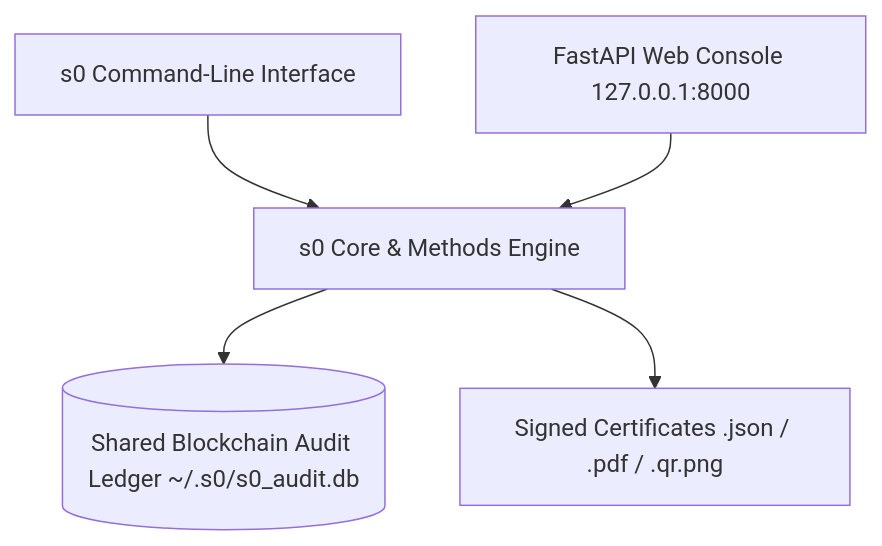
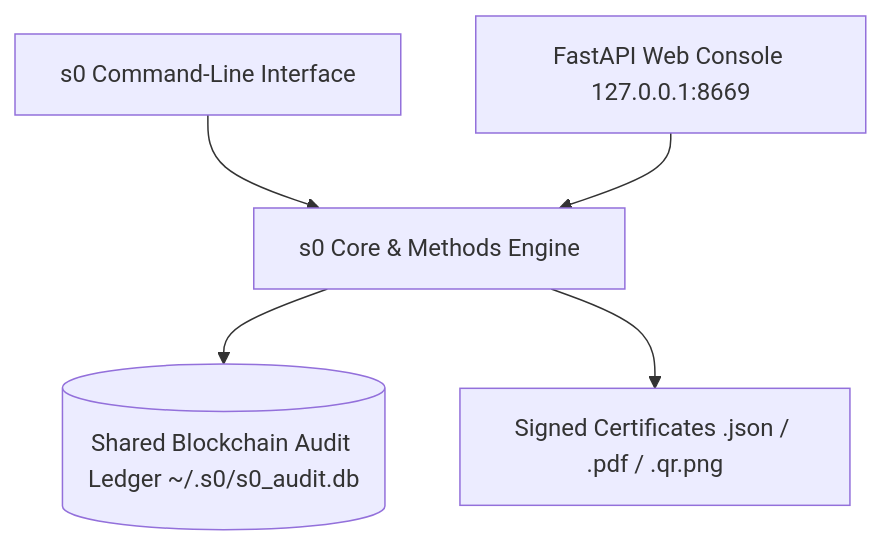
Before and after one commit to kartik2005221/s0: the diagram in docs-portal/docs/web-dashboard.md, drawn with Mermaid. The commit also changed other lines of this file and 31 other files, not shown here.

````diff
--- a/docs-portal/docs/web-dashboard.md
+++ b/docs-portal/docs/web-dashboard.md
@@ -19,8 +19,8 @@
 ```mermaid
 graph TD
     CLI[s0 Command-Line Interface] --> CORE[s0 Core & Methods Engine]
-    WEB[FastAPI Web Console 127.0.0.1:8000] --> CORE
+    WEB[FastAPI Web Console 127.0.0.1:8669] --> CORE
     
     CORE --> LEDGER[(Shared Blockchain Audit Ledger ~/.s0/s0_audit.db)]
     CORE --> CERTS[Signed Certificates .json / .pdf / .qr.png]
 ```
````
